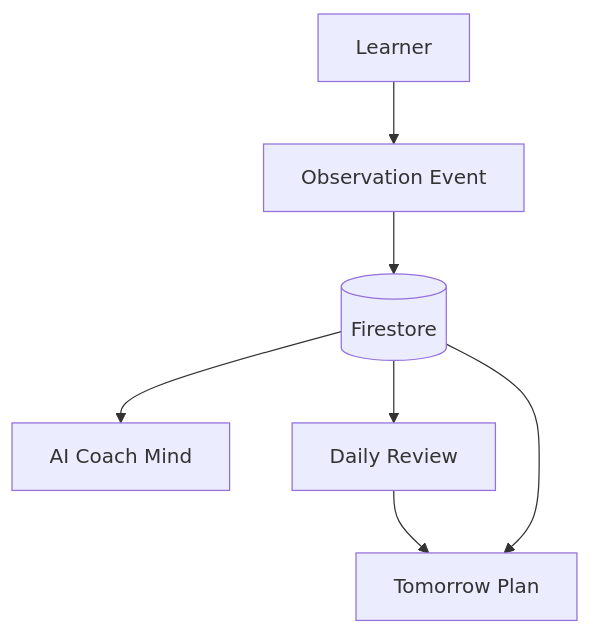
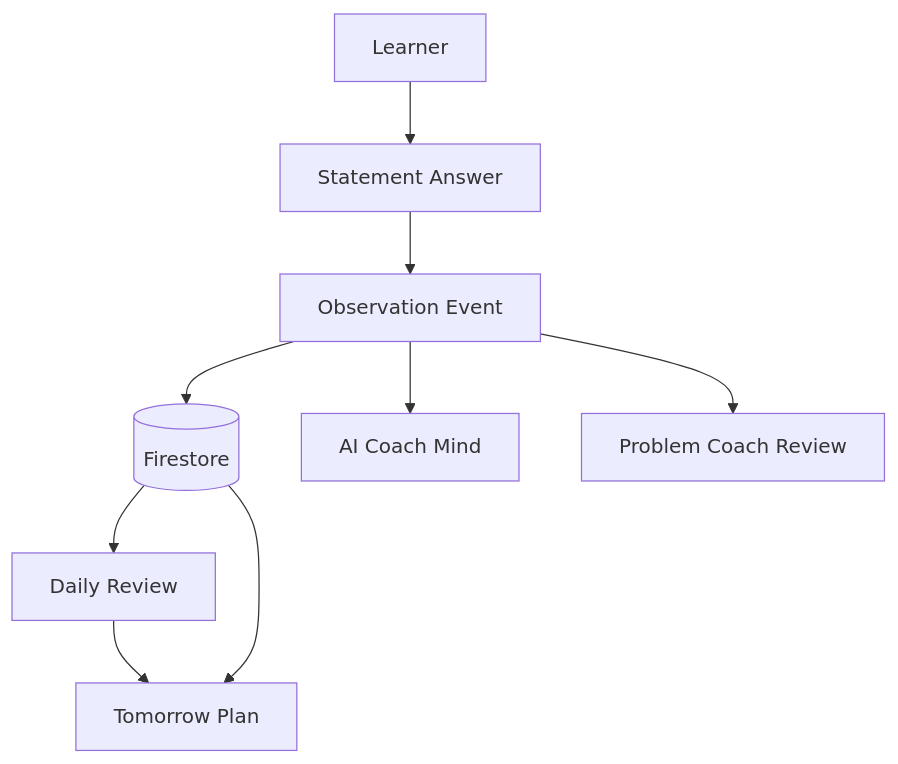
Before and after one commit to MakikoOhashi/mentorHQ: the diagram in README.md, drawn with Mermaid. The commit also changed other lines of this file, not shown here.

Commit message:
docs: update README for current MentorHQ flow

````diff
--- a/README.md
+++ b/README.md
@@ -8,15 +169,20 @@
 ```mermaid
 graph TD
-A[Learner]
-B[Observation Event]
-C[(Firestore)]
-D[AI Coach Mind]
-E[Daily Review]
-F[Tomorrow Plan]
-A --> B
-B --> C
-C --> D
-C --> E
-E --> F
-C --> F
+  A[Learner]
+  B[Statement Answer]
+  C[Observation Event]
+  D[(Firestore)]
+  E[AI Coach Mind]
+  F[Problem Coach Review]
+  G[Daily Review]
+  H[Tomorrow Plan]
+
+  A --> B
+  B --> C
+  C --> D
+  C --> E
+  C --> F
+  D --> G
+  G --> H
+  D --> H
 ```
````
